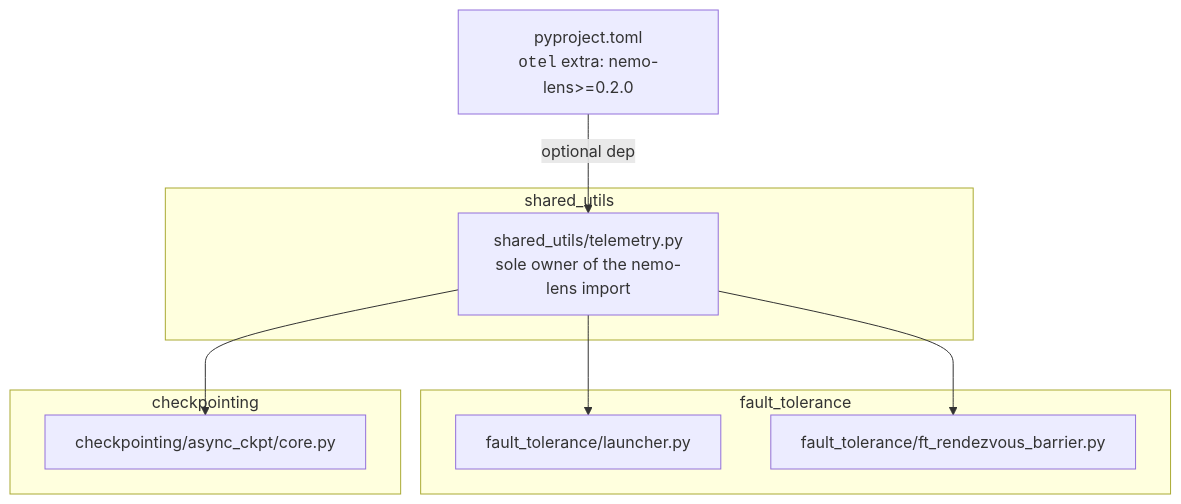
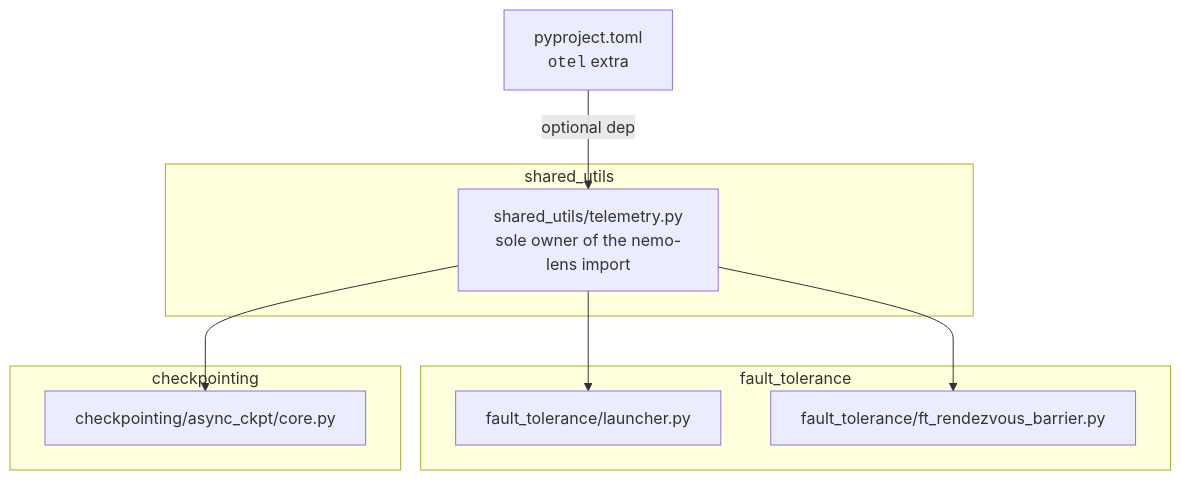
Before and after one commit to NVIDIA/nvidia-resiliency-ext: the first of 3 diagrams in docs/design/telemetry/NEMO_LENS.md, drawn with Mermaid. The commit also changed other lines of this file, not shown here.

````diff
--- a/docs/design/telemetry/NEMO_LENS.md
+++ b/docs/design/telemetry/NEMO_LENS.md
@@ -14,22 +14,22 @@
 ```mermaid
 graph TD
-    pyproject["pyproject.toml<br/><code>otel</code> extra: nemo-lens&gt;=0.2.0"]
+    pyproject["pyproject.toml<br/><code>otel</code> extra"]
 
     subgraph shared_utils
         shim["shared_utils/telemetry.py<br/>sole owner of the nemo-lens import"]
     end
 
     subgraph fault_tolerance
         launcher["fault_tolerance/launcher.py"]
         rdzv["fault_tolerance/ft_rendezvous_barrier.py"]
     end
 
     subgraph checkpointing
         core["checkpointing/async_ckpt/core.py"]
     end
 
     pyproject -->|optional dep| shim
     shim --> launcher
     shim --> rdzv
     shim --> core
 ```
````
